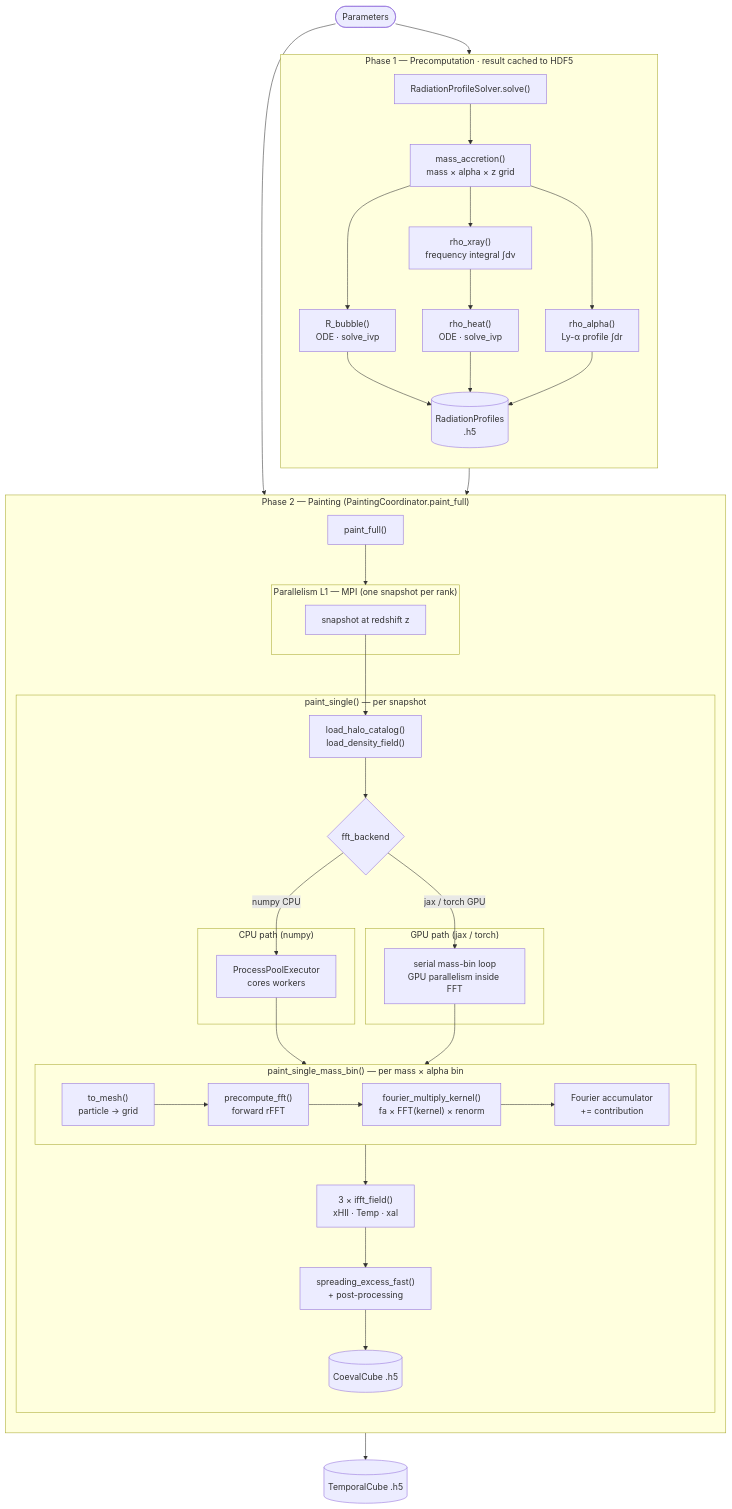
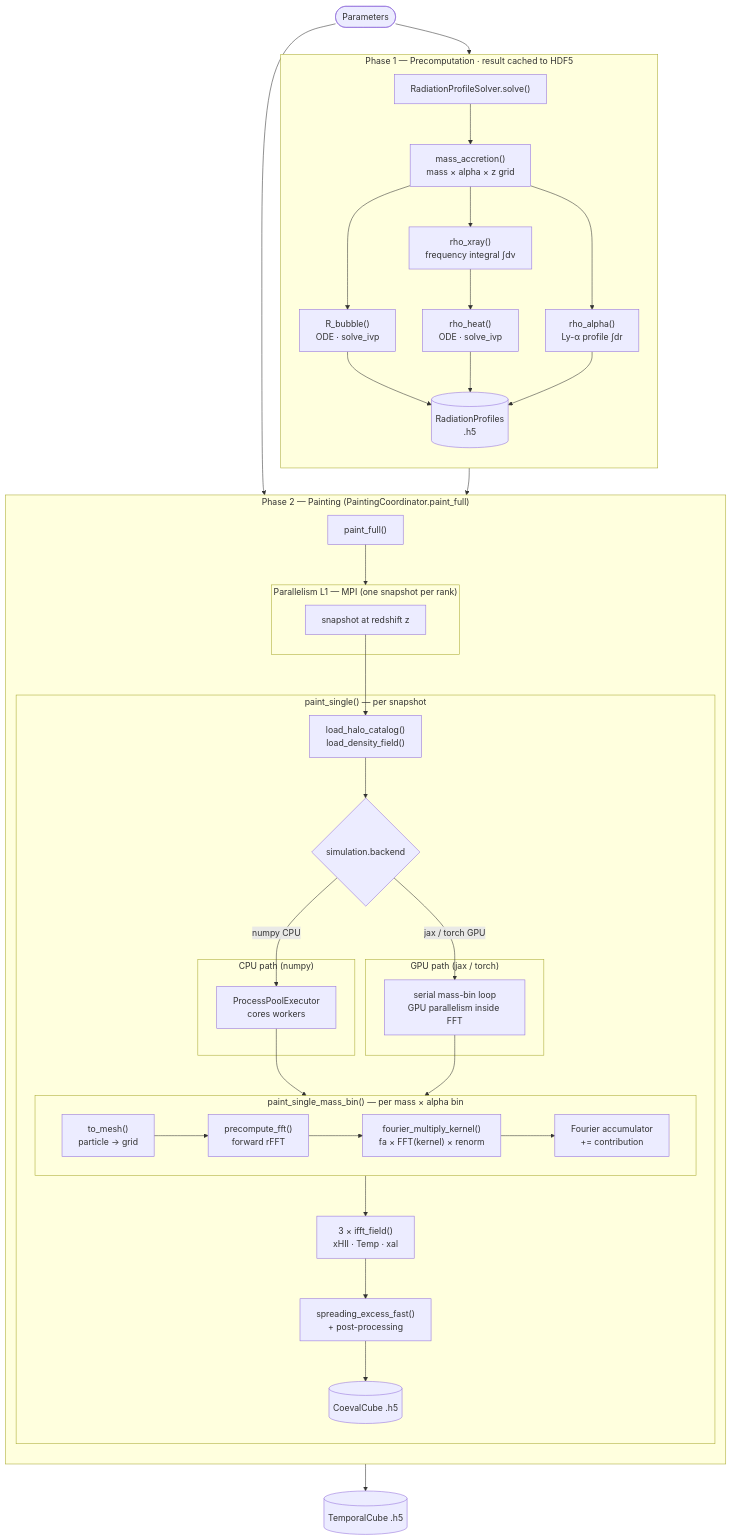
Before and after one commit to cosmic-reionization/BEoRN: the diagram in docs/algorithm.rst, drawn with Mermaid. The commit also changed 23 other files, not shown here.

```diff
--- a/docs/algorithm.rst
+++ b/docs/algorithm.rst
@@ -8,70 +8,70 @@
 .. mermaid::
 
    flowchart TD
        P([Parameters])
 
        subgraph pre["Phase 1 — Precomputation  ·  result cached to HDF5"]
            direction TB
            Solver["RadiationProfileSolver.solve()"]
            MA["mass_accretion()\nmass × alpha × z grid"]
            RB["R_bubble()\nODE · solve_ivp"]
            RX["rho_xray()\nfrequency integral ∫dν"]
            RH["rho_heat()\nODE · solve_ivp"]
            RA["rho_alpha()\nLy-α profile ∫dr"]
            RP[("RadiationProfiles\n.h5")]
 
            Solver --> MA
            MA --> RB
            MA --> RX
            MA --> RA
            RX --> RH
            RB --> RP
            RH --> RP
            RA --> RP
        end
 
        subgraph paint["Phase 2 — Painting  (PaintingCoordinator.paint_full)"]
            direction TB
            Coord["paint_full()"]
 
            subgraph mpi["Parallelism L1 — MPI  (one snapshot per rank)"]
                SZ["snapshot at redshift z"]
            end
 
            subgraph snap["paint_single()  —  per snapshot"]
                Load["load_halo_catalog()\nload_density_field()"]
-               Gate{"fft_backend"}
+               Gate{"simulation.backend"}
 
                subgraph cpu_path["CPU path  (numpy)"]
                    Pool["ProcessPoolExecutor\ncores workers"]
                end
 
                subgraph gpu_path["GPU path  (jax / torch)"]
                    GPUloop["serial mass-bin loop\nGPU parallelism inside FFT"]
                end
 
                subgraph bin["paint_single_mass_bin()  —  per mass × alpha bin"]
                    direction LR
                    TM["to_mesh()\nparticle → grid"] --> FFT["precompute_fft()\nforward rFFT"]
                    FFT --> FMK["fourier_multiply_kernel()\nfa × FFT(kernel) × renorm"]
                    FMK --> Acc["Fourier accumulator\n+= contribution"]
                end
 
                Load --> Gate
                Gate -- "numpy  CPU" --> Pool
                Gate -- "jax / torch  GPU" --> GPUloop
                Pool --> bin
                GPUloop --> bin
                Acc --> IFFT["3 × ifft_field()\nxHII · Temp · xal"]
                IFFT --> Post["spreading_excess_fast()\n+ post-processing"]
                Post --> CC[("CoevalCube .h5")]
            end
 
            Coord --> mpi
            SZ --> Load
        end
 
        P --> Solver
        P --> Coord
        RP --> Coord
        CC --> TC[("TemporalCube .h5")]
```
